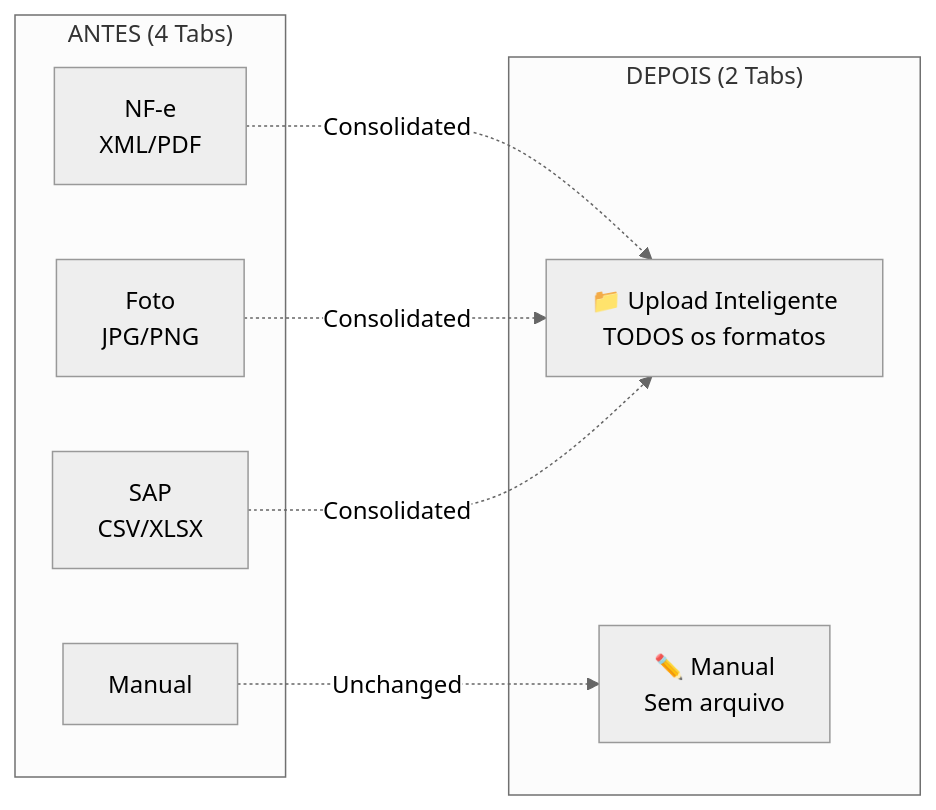
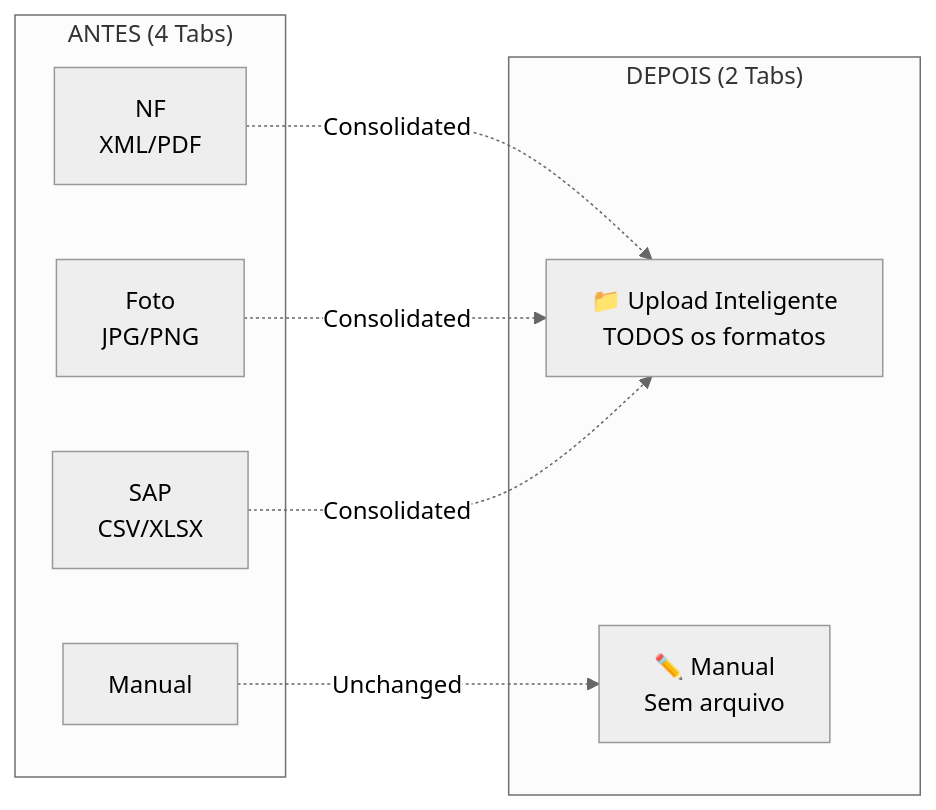
One commit to LPDigital-Agent/lpd-faiston-allinone changed the seventh of 17 diagrams in docs/architecture/SGA_ESTOQUE_ARCHITECTURE.md. Above: the diagram before and after it, drawn with Mermaid (neutral theme). The commit also changed other lines of this file and 37 other files, not shown here.

````diff
--- a/docs/architecture/SGA_ESTOQUE_ARCHITECTURE.md
+++ b/docs/architecture/SGA_ESTOQUE_ARCHITECTURE.md
@@ -319,17 +319,17 @@
 ```mermaid
 flowchart LR
     subgraph "ANTES (4 Tabs)"
-        T1[NF-e\nXML/PDF]
+        T1[NF\nXML/PDF]
         T2[Foto\nJPG/PNG]
         T3[SAP\nCSV/XLSX]
         T4[Manual]
     end
 
     subgraph "DEPOIS (2 Tabs)"
         ST[📁 Upload Inteligente\nTODOS os formatos]
         MT[✏️ Manual\nSem arquivo]
     end
 
     T1 & T2 & T3 -.->|Consolidated| ST
     T4 -.->|Unchanged| MT
 ```
````
